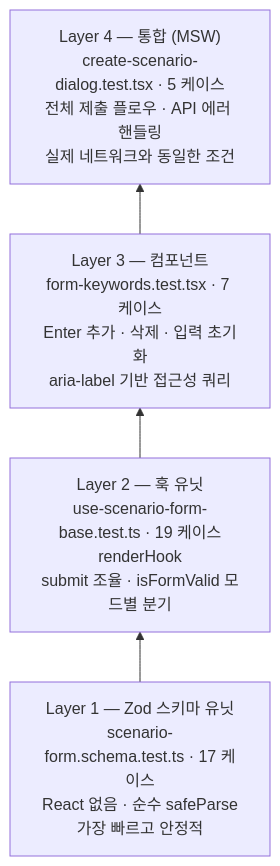
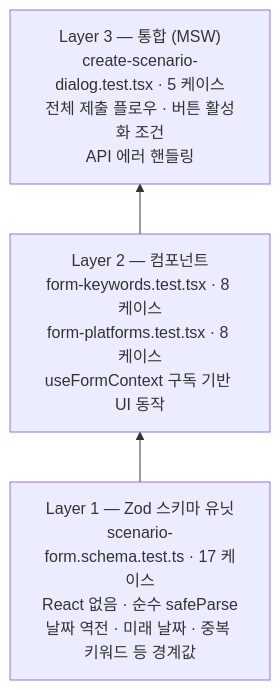
Before and after one commit to kimyoungyin/lala-contribution: the fifth of 5 diagrams in docs/rhf-zod.md, drawn with Mermaid. The commit also changed other lines of this file, not shown here.

````diff
--- a/docs/rhf-zod.md
+++ b/docs/rhf-zod.md
@@ -244,9 +349,8 @@
 ```mermaid
 graph BT
-    L1["Layer 1 — Zod 스키마 유닛<br/>scenario-form.schema.test.ts · 17 케이스<br/>React 없음 · 순수 safeParse<br/>가장 빠르고 안정적"]
-    L2["Layer 2 — 훅 유닛<br/>use-scenario-form-base.test.ts · 19 케이스<br/>renderHook<br/>submit 조율 · isFormValid 모드별 분기"]
-    L3["Layer 3 — 컴포넌트<br/>form-keywords.test.tsx · 7 케이스<br/>Enter 추가 · 삭제 · 입력 초기화<br/>aria-label 기반 접근성 쿼리"]
-    L4["Layer 4 — 통합 (MSW)<br/>create-scenario-dialog.test.tsx · 5 케이스<br/>전체 제출 플로우 · API 에러 핸들링<br/>실제 네트워크와 동일한 조건"]
+    L1["Layer 1 — Zod 스키마 유닛<br/>scenario-form.schema.test.ts · 17 케이스<br/>React 없음 · 순수 safeParse<br/>날짜 역전 · 미래 날짜 · 중복 키워드 등 경계값"]
+    L2["Layer 2 — 컴포넌트<br/>form-keywords.test.tsx · 8 케이스<br/>form-platforms.test.tsx · 8 케이스<br/>useFormContext 구독 기반 UI 동작"]
+    L3["Layer 3 — 통합 (MSW)<br/>create-scenario-dialog.test.tsx · 5 케이스<br/>전체 제출 플로우 · 버튼 활성화 조건<br/>API 에러 핸들링"]
 
-    L1 --> L2 --> L3 --> L4
+    L1 --> L2 --> L3
 ```
````
